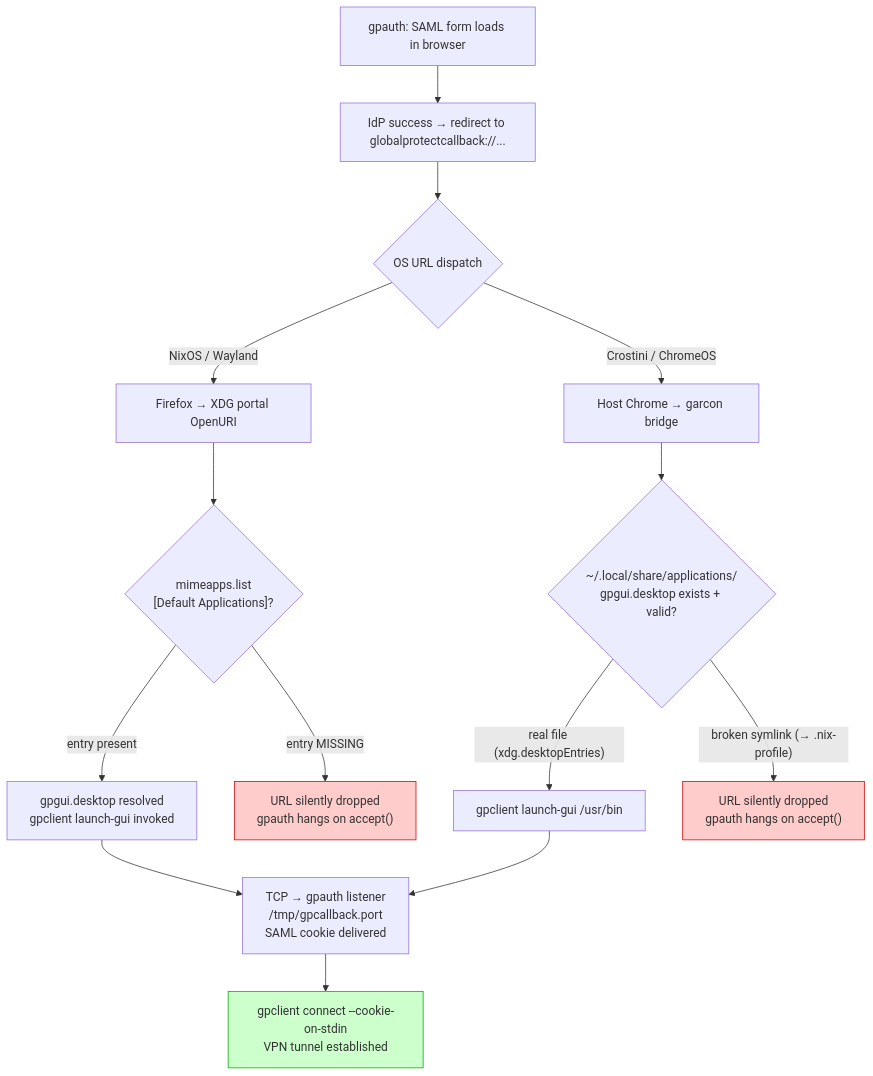
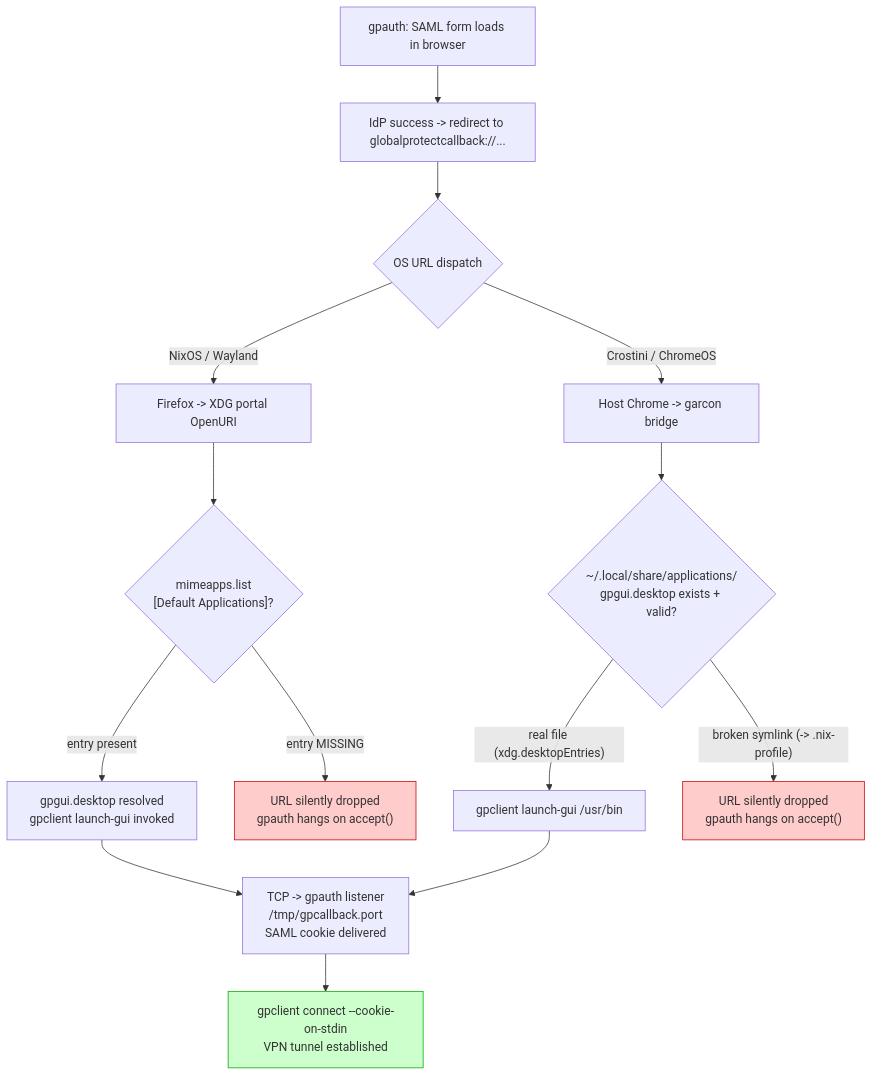
The diagram in docs/vpn.md (binaryphile/dotfiles), drawn with Mermaid before and after one commit. The commit also changed other lines of this file and 5 other files, not shown here.

````diff
--- a/docs/vpn.md
+++ b/docs/vpn.md
@@ -41,23 +41,23 @@
 ```mermaid
 flowchart TD
-    A["gpauth: SAML form loads in browser"] --> B["IdP success → redirect to globalprotectcallback://..."]
+    A["gpauth: SAML form loads in browser"] --> B["IdP success -> redirect to globalprotectcallback://..."]
     B --> C{"OS URL dispatch"}
 
-    C -->|"NixOS / Wayland"| D["Firefox → XDG portal OpenURI"]
+    C -->|"NixOS / Wayland"| D["Firefox -> XDG portal OpenURI"]
     D --> E{"mimeapps.list\n[Default Applications]?"}
     E -->|"entry present"| F["gpgui.desktop resolved\ngpclient launch-gui invoked"]
     E -->|"entry MISSING"| G["URL silently dropped\ngpauth hangs on accept()"]
 
-    C -->|"Crostini / ChromeOS"| H["Host Chrome → garcon bridge"]
+    C -->|"Crostini / ChromeOS"| H["Host Chrome -> garcon bridge"]
     H --> I{"~/.local/share/applications/\ngpgui.desktop exists + valid?"}
     I -->|"real file (xdg.desktopEntries)"| J["gpclient launch-gui /usr/bin"]
-    I -->|"broken symlink (→ .nix-profile)"| K["URL silently dropped\ngpauth hangs on accept()"]
+    I -->|"broken symlink (-> .nix-profile)"| K["URL silently dropped\ngpauth hangs on accept()"]
 
-    F --> L["TCP → gpauth listener\n/tmp/gpcallback.port\nSAML cookie delivered"]
+    F --> L["TCP -> gpauth listener\n/tmp/gpcallback.port\nSAML cookie delivered"]
     J --> L
     L --> M["gpclient connect --cookie-on-stdin\nVPN tunnel established"]
 
     style G fill:#ffcccc,stroke:#cc0000
     style K fill:#ffcccc,stroke:#cc0000
     style M fill:#ccffcc,stroke:#00aa00
 ```
````
